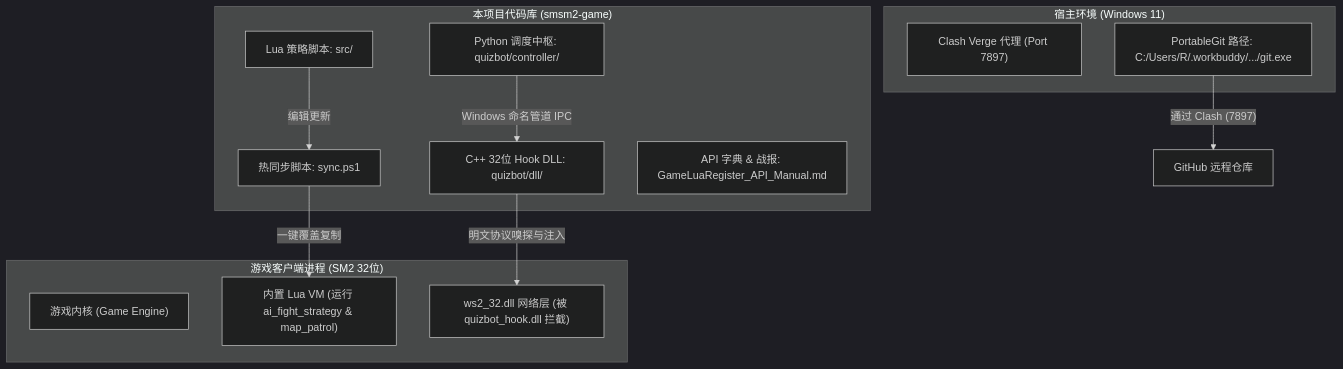
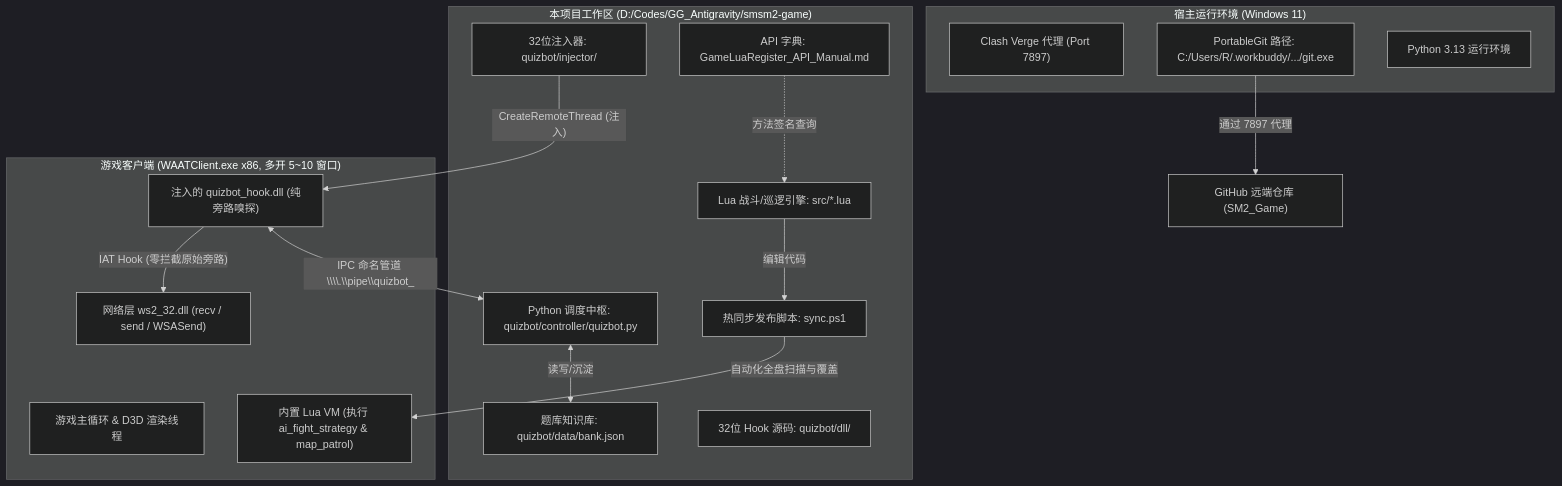
The first of 2 diagrams in AI_AGENT_GUIDE.md (GeekerYxs/SM2_Game), drawn with Mermaid (dark theme) before and after one commit. The commit also changed other lines of this file and 4 other files, not shown here.

````diff
--- a/AI_AGENT_GUIDE.md
+++ b/AI_AGENT_GUIDE.md
@@ -20,27 +30,36 @@
 ```mermaid
 flowchart TD
-    subgraph HostSystem ["宿主环境 (Windows 11)"]
-        PV["Clash Verge 代理 (Port 7897)"]
+    subgraph Host ["宿主运行环境 (Windows 11)"]
+        Proxy["Clash Verge 代理 (Port 7897)"]
         GitBin["PortableGit 路径: C:/Users/R/.workbuddy/.../git.exe"]
+        PyRT["Python 3.13 运行环境"]
     end
 
-    subgraph ProjectRepo ["本项目代码库 (smsm2-game)"]
-        SyncScript["热同步脚本: sync.ps1"]
-        LuaSrc["Lua 策略脚本: src/"]
-        QuizBotPy["Python 调度中枢: quizbot/controller/"]
-        QuizHook["C++ 32位 Hook DLL: quizbot/dll/"]
-        Docs["API 字典 & 战报: GameLuaRegister_API_Manual.md"]
+    subgraph Repo ["本项目工作区 (D:/Codes/GG_Antigravity/smsm2-game)"]
+        SyncScript["热同步发布脚本: sync.ps1"]
+        LuaCombat["Lua 战斗/巡逻引擎: src/*.lua"]
+        QuizPy["Python 调度中枢: quizbot/controller/quizbot.py"]
+        BankJSON["题库知识库: quizbot/data/bank.json"]
+        QuizHookDLL["32位 Hook 源码: quizbot/dll/"]
+        Injector["32位注入器: quizbot/injector/"]
+        Manual["API 字典: GameLuaRegister_API_Manual.md"]
     end
 
-    subgraph ClientProcess ["游戏客户端进程 (SM2 32位)"]
-        GameEngine["游戏内核 (Game Engine)"]
-        LuaVM["内置 Lua VM (运行 ai_fight_strategy & map_patrol)"]
-        WS2["ws2_32.dll 网络层 (被 quizbot_hook.dll 拦截)"]
+    subgraph GameProc ["游戏客户端 (WAATClient.exe x86, 多开 5~10 窗口)"]
+        GameCore["游戏主循环 & D3D 渲染线程"]
+        LuaVM["内置 Lua VM (执行 ai_fight_strategy & map_patrol)"]
+        WS2["网络层 ws2_32.dll (recv / send / WSASend)"]
+        InjectedHook["注入的 quizbot_hook.dll (纯旁路嗅探)"]
     end
 
-    SyncScript --"一键覆盖复制"--> LuaVM
-    LuaSrc --"编辑更新"--> SyncScript
-    QuizHook --"明文协议嗅探与注入"--> WS2
-    QuizBotPy --"Windows 命名管道 IPC"--> QuizHook
-    GitBin --"通过 Clash (7897)"--> GitHub["GitHub 远程仓库"]
+    LuaCombat --"编辑代码"--> SyncScript
+    SyncScript --"自动化全盘扫描与覆盖"--> LuaVM
+    Manual -.->|"方法签名查询"| LuaCombat
+    
+    Injector --"CreateRemoteThread (注入)"--> InjectedHook
+    InjectedHook --"IAT Hook (零拦截原始旁路)"--> WS2
+    InjectedHook <--"IPC 命名管道 \\\\.\\pipe\\quizbot_<pid>"--> QuizPy
+    QuizPy <--"读写/沉淀"--> BankJSON
+    
+    GitBin --"通过 7897 代理"--> GitHub["GitHub 远端仓库 (SM2_Game)"]
 ```
````
